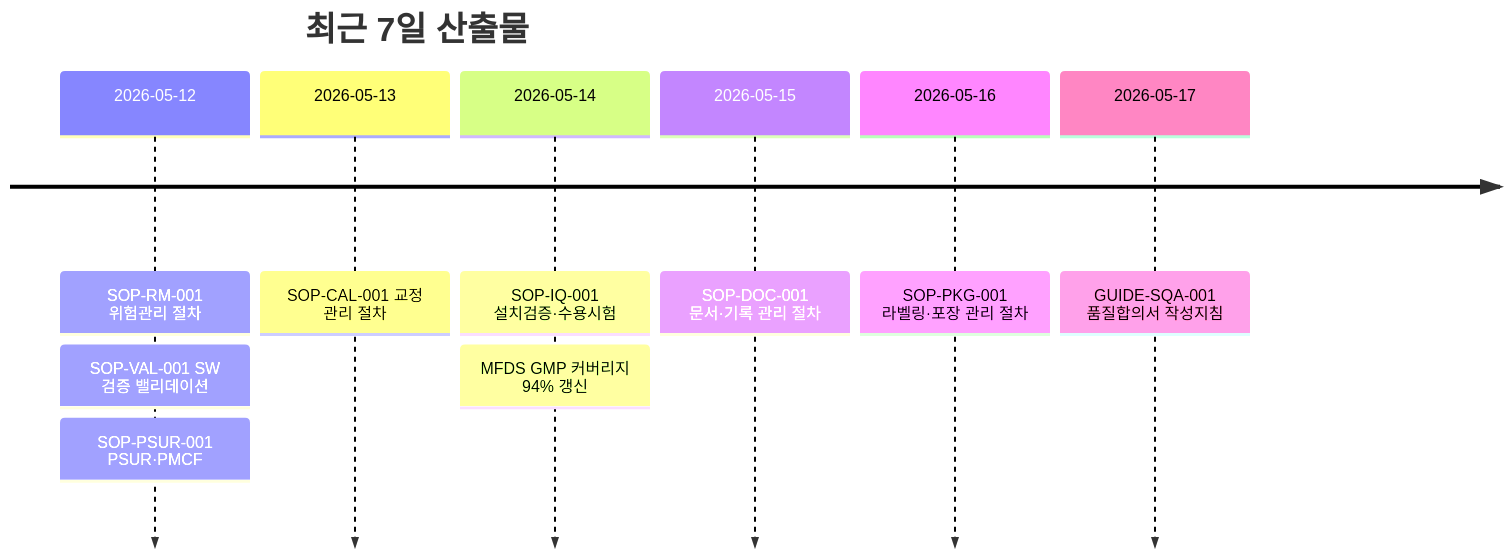
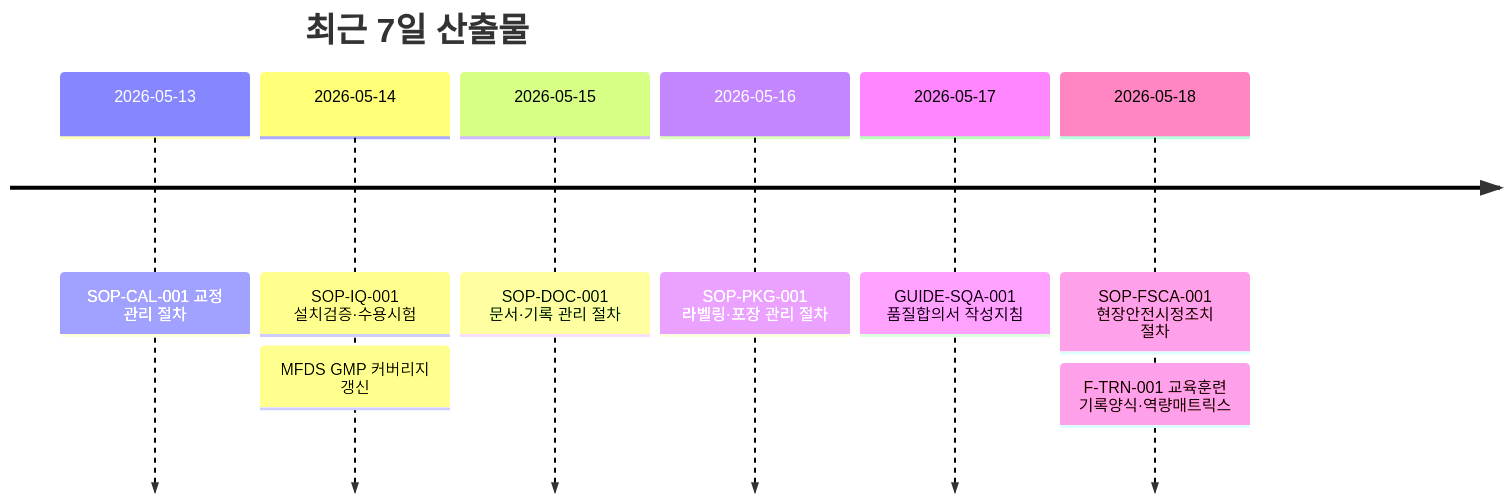
One commit to holee9/MD-process changed the third of 4 diagrams in README.md. Above: the diagram before and after it, drawn with Mermaid. The commit also changed other lines of this file, not shown here.

````diff
--- a/README.md
+++ b/README.md
@@ -143,13 +143,12 @@
 ```mermaid
 timeline
     title 최근 7일 산출물
-    2026-05-12 : SOP-RM-001 위험관리 절차
-               : SOP-VAL-001 SW 검증 밸리데이션
-               : SOP-PSUR-001 PSUR·PMCF
     2026-05-13 : SOP-CAL-001 교정 관리 절차
     2026-05-14 : SOP-IQ-001 설치검증·수용시험
-               : MFDS GMP 커버리지 94% 갱신
+               : MFDS GMP 커버리지 갱신
     2026-05-15 : SOP-DOC-001 문서·기록 관리 절차
     2026-05-16 : SOP-PKG-001 라벨링·포장 관리 절차
     2026-05-17 : GUIDE-SQA-001 품질합의서 작성지침
+    2026-05-18 : SOP-FSCA-001 현장안전시정조치 절차
+               : F-TRN-001 교육훈련 기록양식·역량매트릭스
 ```
````
